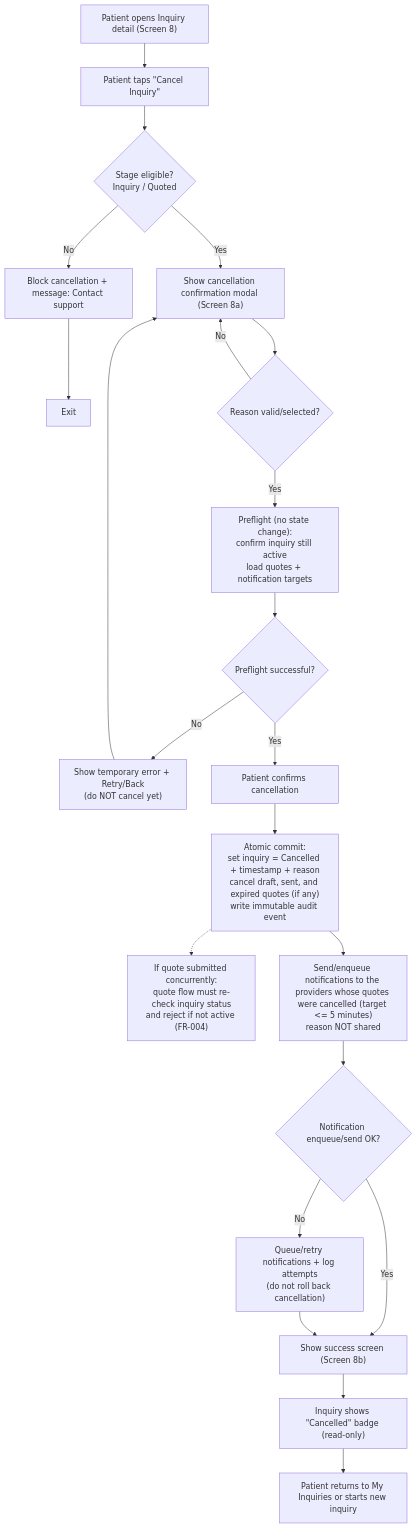
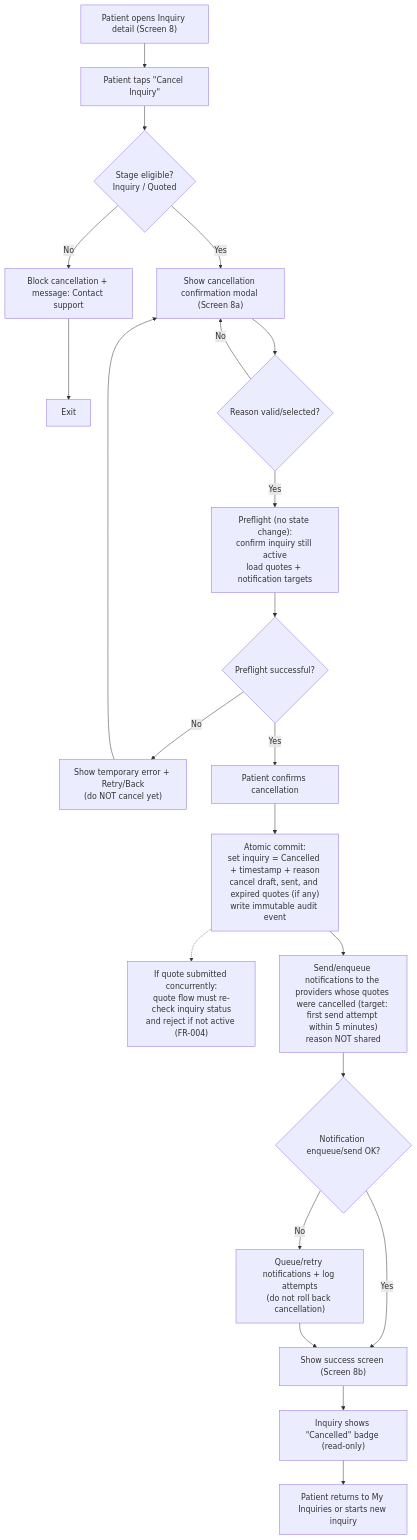
Before and after one commit to joachimtrungtuan/hairline-pm-docs: diagram 13 of 15 in project-requirements/functional-requirements/fr003-inquiry-submission/prd.md, drawn with Mermaid. The commit also changed other lines of this file and 5 other files, not shown here.

Commit message:
docs(fr001,fr002,fr003): settle cross-FR neighbour rows in PRDs and graph

````diff
--- a/project-requirements/functional-requirements/fr003-inquiry-submission/prd.md
+++ b/project-requirements/functional-requirements/fr003-inquiry-submission/prd.md
@@ -393,27 +393,27 @@
 ```mermaid
 flowchart TD
     Start["Patient opens Inquiry detail (Screen 8)"] --> Cancel["Patient taps &quot;Cancel Inquiry&quot;"]
     Cancel --> CheckStage{"Stage eligible?<br/>Inquiry / Quoted"}
 
     CheckStage -->|No| Block["Block cancellation + message: Contact support"] --> End1["Exit"]
     CheckStage -->|Yes| Modal["Show cancellation confirmation modal (Screen 8a)"]
 
     Modal --> ReasonOk{"Reason valid/selected?"}
     ReasonOk -->|No| Modal
     ReasonOk -->|Yes| Preflight["Preflight (no state change):<br/>confirm inquiry still active<br/>load quotes + notification targets"]
 
     Preflight --> PreflightOk{"Preflight successful?"}
     PreflightOk -->|No| PreflightErr["Show temporary error + Retry/Back<br/>(do NOT cancel yet)"] --> Modal
     PreflightOk -->|Yes| Confirm["Patient confirms cancellation"]
 
     Confirm --> Commit["Atomic commit:<br/>set inquiry = Cancelled + timestamp + reason<br/>cancel draft, sent, and expired quotes (if any)<br/>write immutable audit event"]
     Commit -.-> Race["If quote submitted concurrently:<br/>quote flow must re-check inquiry status<br/>and reject if not active (FR-004)"]
 
-    Commit --> Notify["Send/enqueue notifications to the providers whose quotes were cancelled (target &lt;= 5 minutes)<br/>reason NOT shared"]
+    Commit --> Notify["Send/enqueue notifications to the providers whose quotes were cancelled (target: first send attempt within 5 minutes)<br/>reason NOT shared"]
     Notify --> NotifyOk{"Notification enqueue/send OK?"}
     NotifyOk -->|Yes| Success["Show success screen (Screen 8b)"]
     NotifyOk -->|No| NotifyFallback["Queue/retry notifications + log attempts<br/>(do not roll back cancellation)"] --> Success
 
     Success --> ReadOnly["Inquiry shows &quot;Cancelled&quot; badge (read-only)"]
     ReadOnly --> End2["Patient returns to My Inquiries or starts new inquiry"]
 ```
````
